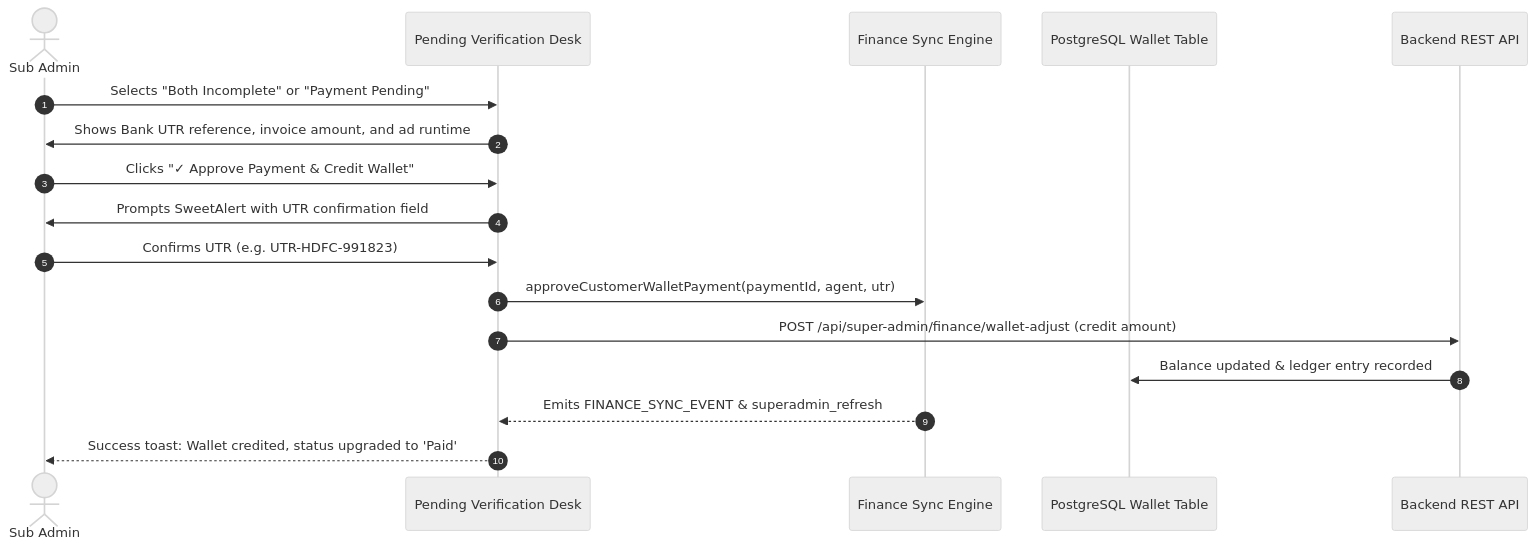
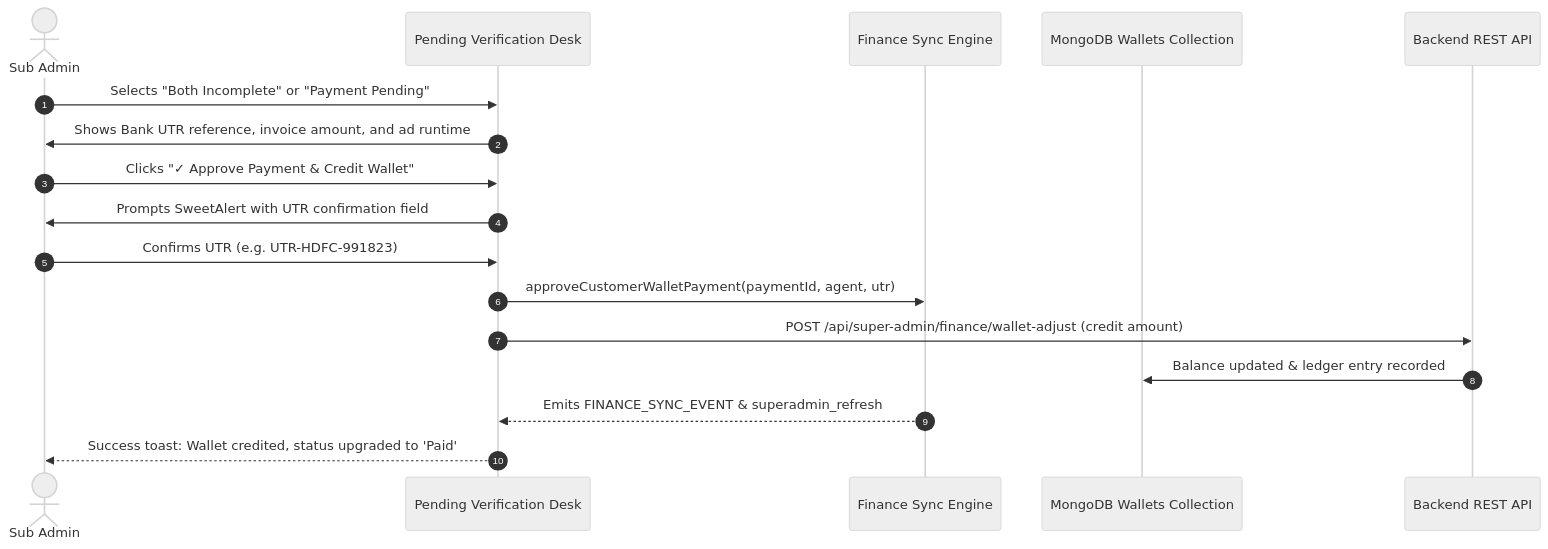
One commit to essassets-arch/admafia changed the third of 8 diagrams in docs/SUBADMIN_DESKS_AND_PAGES_REFERENCE.md. Above: the diagram before and after it, drawn with Mermaid (neutral theme). The commit also changed 29 other files, not shown here.

Commit message:
feat: add multi-department CRM architecture with MongoDB backend and React portals

````diff
--- a/docs/SUBADMIN_DESKS_AND_PAGES_REFERENCE.md
+++ b/docs/SUBADMIN_DESKS_AND_PAGES_REFERENCE.md
@@ -128,20 +128,20 @@
 ```mermaid
 sequenceDiagram
     autonumber
     actor Admin as Sub Admin
     participant View as Pending Verification Desk
     participant Sync as Finance Sync Engine
-    participant Wallet as PostgreSQL Wallet Table
+    participant Wallet as MongoDB Wallets Collection
     participant DB as Backend REST API
 
     Admin->>View: Selects "Both Incomplete" or "Payment Pending"
     View->>Admin: Shows Bank UTR reference, invoice amount, and ad runtime
     Admin->>View: Clicks "✓ Approve Payment & Credit Wallet"
     View->>Admin: Prompts SweetAlert with UTR confirmation field
     Admin->>View: Confirms UTR (e.g. UTR-HDFC-991823)
     View->>Sync: approveCustomerWalletPayment(paymentId, agent, utr)
     View->>DB: POST /api/super-admin/finance/wallet-adjust (credit amount)
     DB->>Wallet: Balance updated & ledger entry recorded
     Sync-->>View: Emits FINANCE_SYNC_EVENT & superadmin_refresh
     View-->>Admin: Success toast: Wallet credited, status upgraded to 'Paid'
 ```
````
